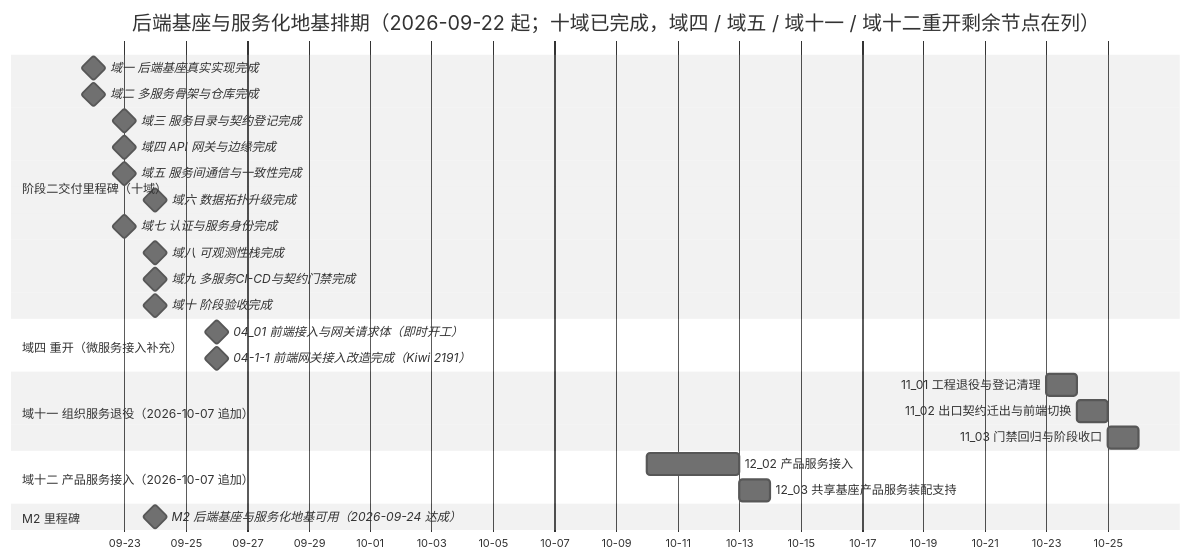
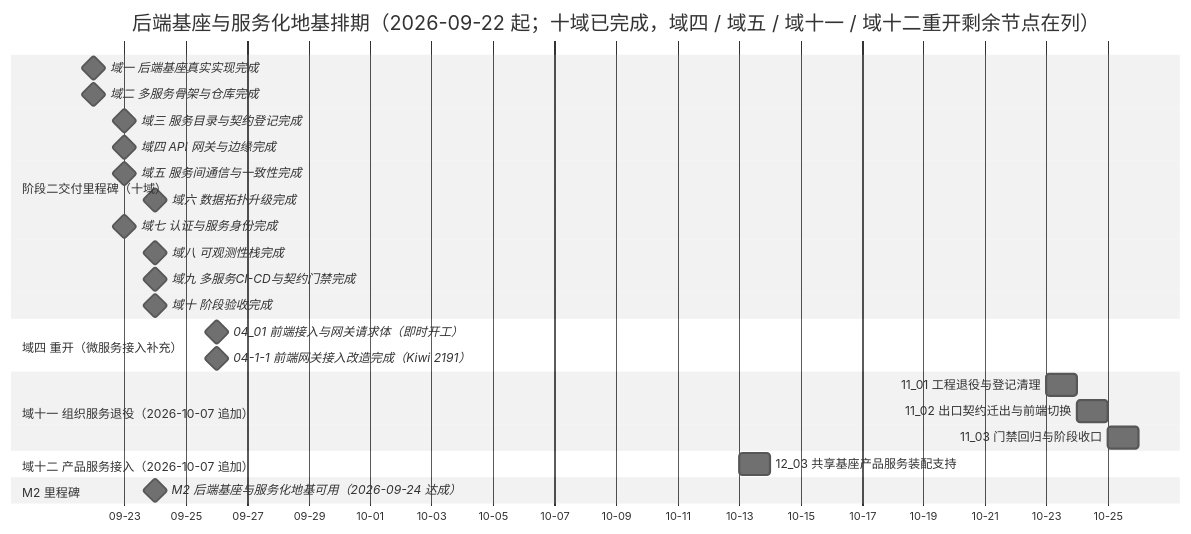
One commit to minjian123/basic-management-system changed the diagram in bms文档/项目/02_后端基座与服务化地基/计划/01_计划_后端基座与服务化地基.md. Above: the diagram before and after it, drawn with Mermaid (neutral theme). The commit also changed other lines of this file and 6 other files, not shown here.

````diff
--- a/bms文档/项目/02_后端基座与服务化地基/计划/01_计划_后端基座与服务化地基.md
+++ b/bms文档/项目/02_后端基座与服务化地基/计划/01_计划_后端基座与服务化地基.md
@@ -71,29 +71,28 @@
 ```mermaid
 gantt
     title 后端基座与服务化地基排期（2026-09-22 起；十域已完成，域四 / 域五 / 域十一 / 域十二重开剩余节点在列）
     dateFormat  YYYY-MM-DD
     axisFormat %m-%d
     section 阶段二交付里程碑（十域）
     域一 后端基座真实实现完成 :milestone, m01, 2026-09-22, 0d
     域二 多服务骨架与仓库完成 :milestone, m02, 2026-09-22, 0d
     域三 服务目录与契约登记完成 :milestone, m03, 2026-09-23, 0d
     域四 API 网关与边缘完成 :milestone, m04, 2026-09-23, 0d
     域五 服务间通信与一致性完成 :milestone, m05, 2026-09-23, 0d
     域六 数据拓扑升级完成 :milestone, m06, 2026-09-24, 0d
     域七 认证与服务身份完成 :milestone, m07, 2026-09-23, 0d
     域八 可观测性栈完成 :milestone, m08, 2026-09-24, 0d
     域九 多服务CI-CD与契约门禁完成 :milestone, m09, 2026-09-24, 0d
     域十 阶段验收完成 :milestone, m10, 2026-09-24, 0d
     section 域四 重开（微服务接入补充）
     04_01 前端接入与网关请求体（即时开工） :milestone, m0401x, 2026-09-26, 0d
     04-1-1 前端网关接入改造完成（Kiwi 2191） :milestone, m0401a, 2026-09-26, 0d
     section 域十一 组织服务退役（2026-10-07 追加）
     11_01 工程退役与登记清理 :m1101, 2026-10-23, 1d
     11_02 出口契约迁出与前端切换 :m1102, 2026-10-24, 1d
     11_03 门禁回归与阶段收口 :m1103, 2026-10-25, 1d
     section 域十二 产品服务接入（2026-10-07 追加）
-    12_02 产品服务接入 :m1202, 2026-10-10, 3d
     12_03 共享基座产品服务装配支持 :m1203, 2026-10-13, 1d
     section M2 里程碑
     M2 后端基座与服务化地基可用（2026-09-24 达成） :milestone, mm2, 2026-09-24, 0d
 ```
````
